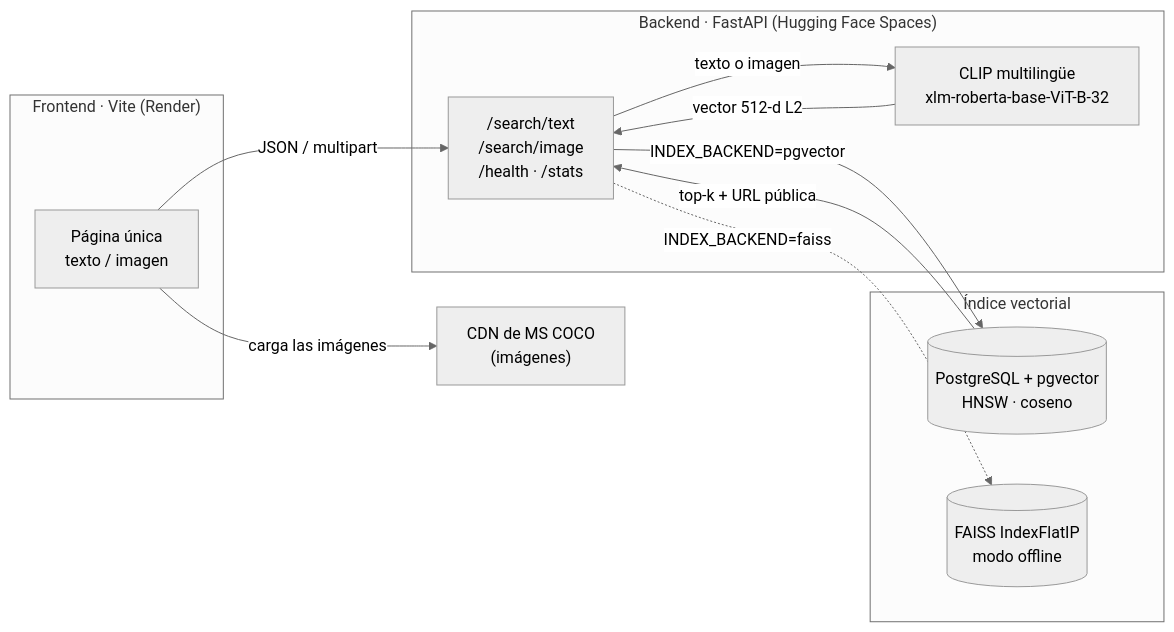
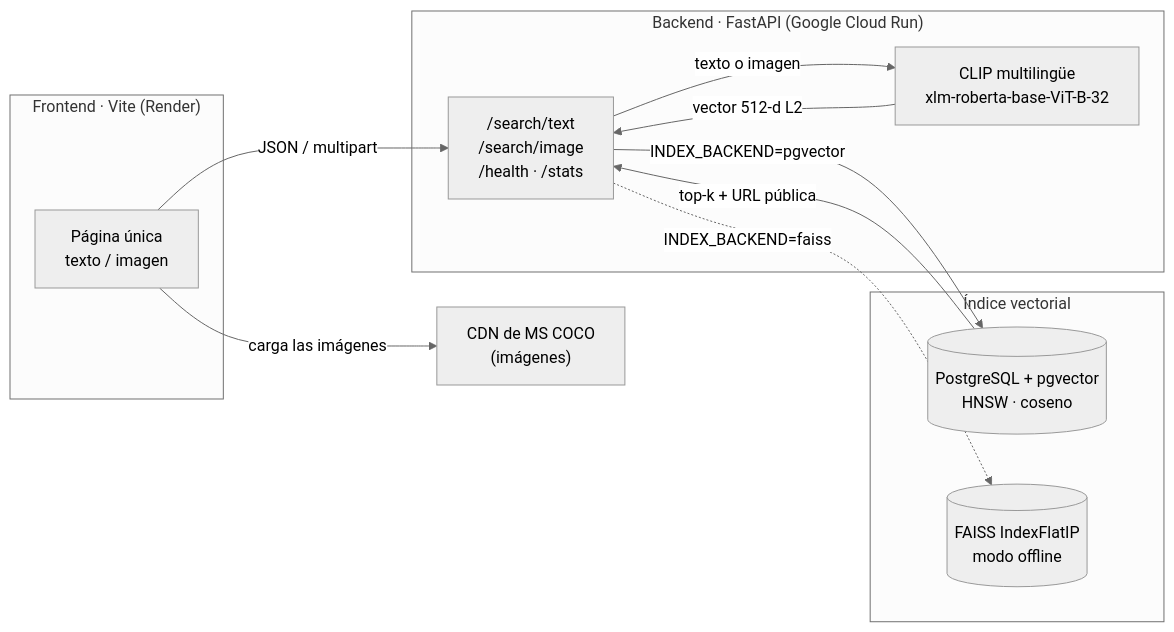
The diagram in README.md (gcdavidq/Project_imagen_search_system), drawn with Mermaid (neutral theme) before and after one commit. The commit also changed other lines of this file and 4 other files, not shown here.

First line of the commit message:
Migrar el backend de Hugging Face Spaces a Google Cloud Run

````diff
--- a/README.md
+++ b/README.md
@@ -143,26 +143,26 @@
 ```mermaid
 graph LR
     subgraph Frontend["Frontend · Vite (Render)"]
         UI["Página única<br/>texto / imagen"]
     end
 
-    subgraph Backend["Backend · FastAPI (Hugging Face Spaces)"]
+    subgraph Backend["Backend · FastAPI (Google Cloud Run)"]
         API["/search/text<br/>/search/image<br/>/health · /stats"]
         CLIP["CLIP multilingüe<br/>xlm-roberta-base-ViT-B-32"]
     end
 
     subgraph Index["Índice vectorial"]
         PG[("PostgreSQL + pgvector<br/>HNSW · coseno")]
         FAISS[("FAISS IndexFlatIP<br/>modo offline")]
     end
 
     COCO["CDN de MS COCO<br/>(imágenes)"]
 
     UI -- "JSON / multipart" --> API
     API -- "texto o imagen" --> CLIP
     CLIP -- "vector 512-d L2" --> API
     API -- "INDEX_BACKEND=pgvector" --> PG
     API -. "INDEX_BACKEND=faiss" .-> FAISS
     PG -- "top-k + URL pública" --> API
     UI -- "carga las imágenes" --> COCO
 ```
````
